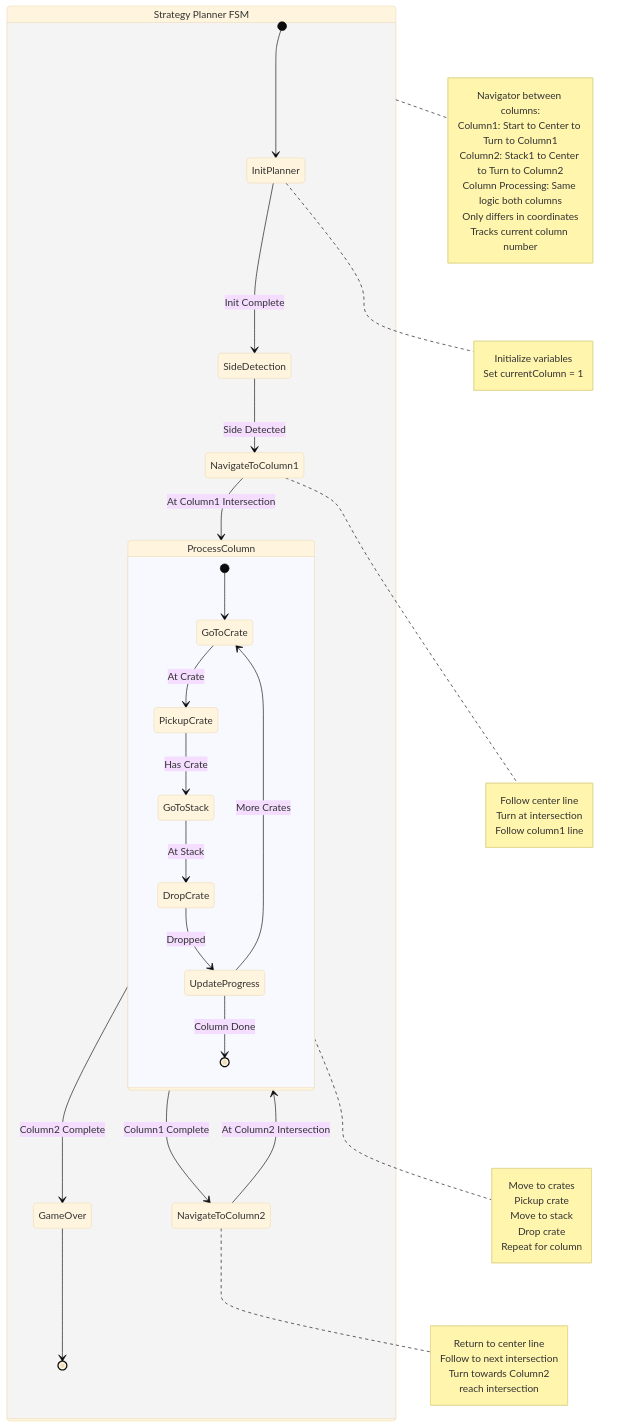
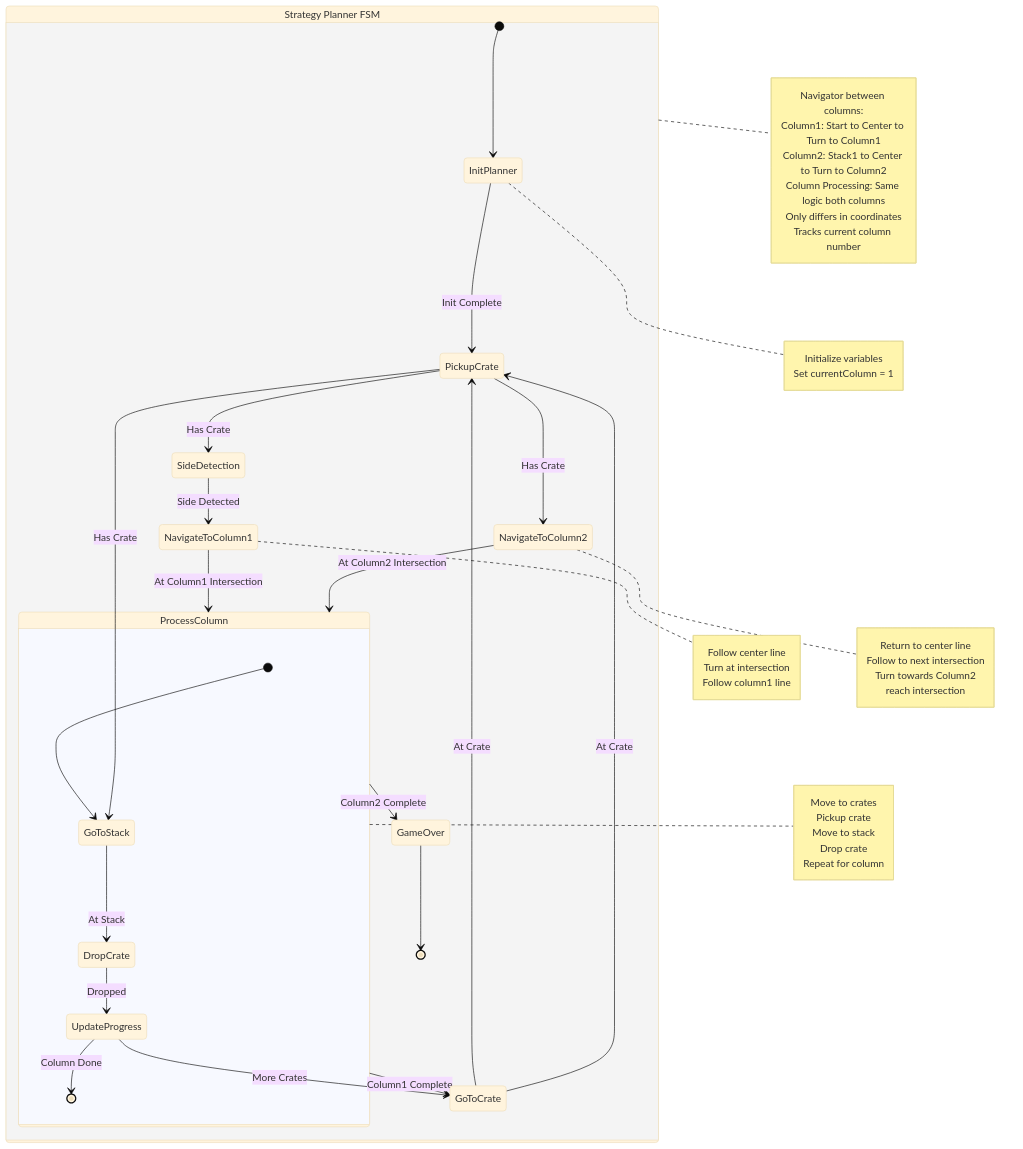
The diagram in FSM/planner.md (yuanzhedong/ME218-final), drawn with Mermaid (base theme) before and after one commit. The commit also changed 72 other files, not shown here.

````diff
--- a/FSM/planner.md
+++ b/FSM/planner.md
@@ -1,60 +1,65 @@
 ```mermaid
 stateDiagram-v2
     state "Strategy Planner FSM" as PlannerFSM {
         [*] --> InitPlanner
         
-        InitPlanner --> SideDetection: Init Complete
+        InitPlanner --> PickupCrate: Init Complete
+        PickupCrate --> SideDetection: Has Crate
         SideDetection --> NavigateToColumn1: Side Detected
         note right of InitPlanner
             Initialize variables
             Set currentColumn = 1
         end note
 
         NavigateToColumn1 --> ProcessColumn: At Column1 Intersection
         note right of NavigateToColumn1
             Follow center line
             Turn at intersection
             Follow column1 line
         end note
 
+
         state ProcessColumn {
-            [*] --> GoToCrate
-            GoToCrate --> PickupCrate: At Crate
-            PickupCrate --> GoToStack: Has Crate
+            [*] --> GoToStack
             GoToStack --> DropCrate: At Stack
             DropCrate --> UpdateProgress: Dropped
             UpdateProgress --> GoToCrate: More Crates
+            GoToCrate --> PickupCrate: At Crate
+            PickupCrate --> GoToStack: Has Crate
             UpdateProgress --> [*]: Column Done
         }
 
-        ProcessColumn --> NavigateToColumn2: Column1 Complete
+        ProcessColumn --> GoToCrate: Column1 Complete
+        GoToCrate --> PickupCrate: At Crate
+        PickupCrate --> NavigateToColumn2: Has Crate
+
         note right of ProcessColumn
             Move to crates
             Pickup crate
             Move to stack
             Drop crate
             Repeat for column
         end note
 
         NavigateToColumn2 --> ProcessColumn: At Column2 Intersection
         note right of NavigateToColumn2
             Return to center line
             Follow to next intersection
             Turn towards Column2
             reach intersection
         end note
 
         ProcessColumn --> GameOver: Column2 Complete
         
         GameOver --> [*]
     }
 
     note right of PlannerFSM
         Navigator between columns:
         Column1: Start to Center to Turn to Column1
         Column2: Stack1 to Center to Turn to Column2
         Column Processing: Same logic both columns
         Only differs in coordinates
         Tracks current column number
     end note
 ```
````
